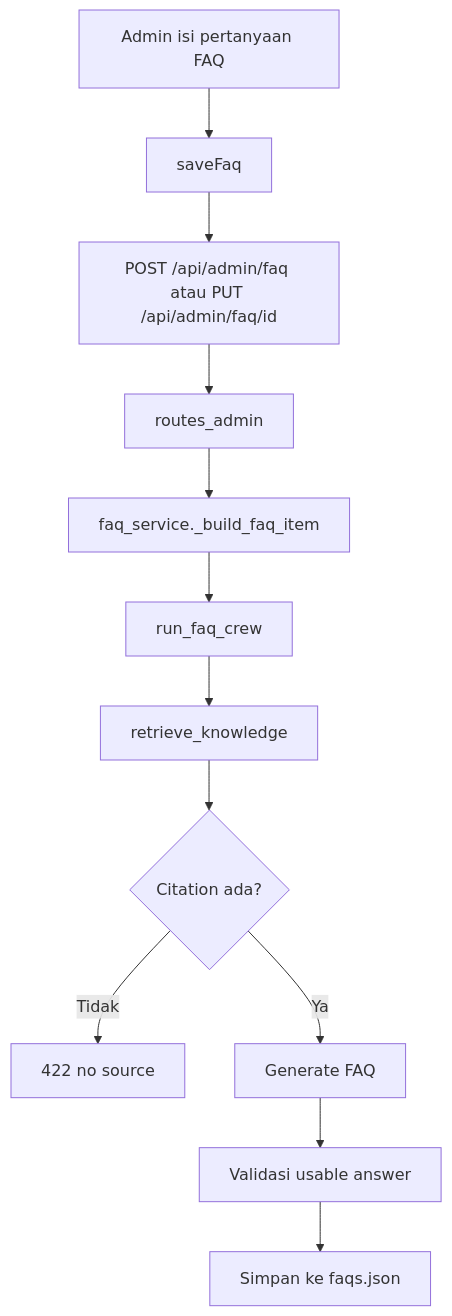
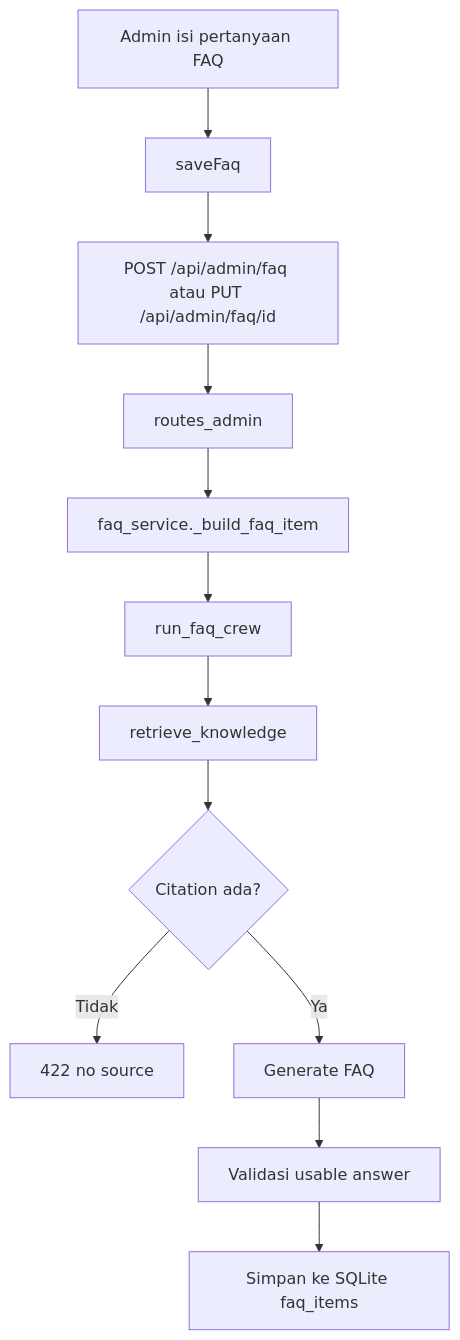
The fifth of 5 diagrams in Capstone/docs/SYSTEM_FLOWS.md (Akram17t/Internship), drawn with Mermaid before and after one commit. The commit also changed 6 other files, not shown here.

Commit message:
feat : Move FAQ storage fully to SQLite

````diff
--- a/Capstone/docs/SYSTEM_FLOWS.md
+++ b/Capstone/docs/SYSTEM_FLOWS.md
@@ -103,14 +103,14 @@
 ```mermaid
 flowchart TD
   A[Admin isi pertanyaan FAQ] --> B[saveFaq]
   B --> C[POST /api/admin/faq atau PUT /api/admin/faq/id]
   C --> D[routes_admin]
   D --> E[faq_service._build_faq_item]
   E --> F[run_faq_crew]
   F --> G[retrieve_knowledge]
   G --> H{Citation ada?}
   H -->|Tidak| I[422 no source]
   H -->|Ya| J[Generate FAQ]
   J --> K[Validasi usable answer]
-  K --> L[Simpan ke faqs.json]
+  K --> L[Simpan ke SQLite faq_items]
 ```
````
